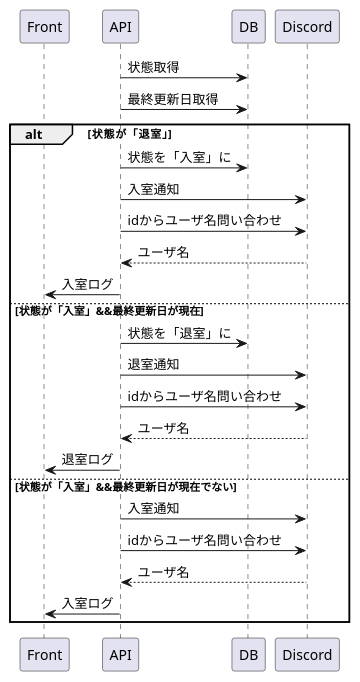
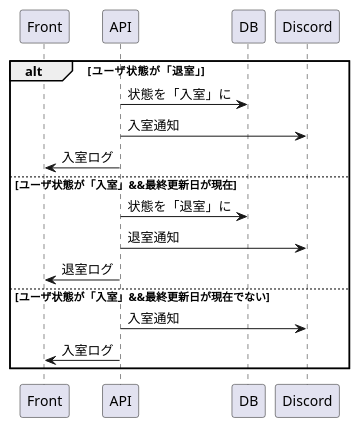
One commit to selelab/entrance_management changed the diagram in uml/notification.pu. Above: the diagram before and after it, drawn with PlantUML. The commit also changed 5 other files, not shown here.

```diff
--- a/uml/notification.pu
+++ b/uml/notification.pu
@@ -1,29 +1,20 @@
 @startuml
 participant Front as scr
 participant API as api
 participant DB as db
 participant Discord as dis
 
-api->db:状態取得
-api->db:最終更新日取得
-
-alt 状態が「退室」
+alt ユーザ状態が「退室」
     api->db:状態を「入室」に
     api->dis:入室通知
-    api->dis:idからユーザ名問い合わせ
-    dis-->api:ユーザ名
     api->scr:入室ログ
-else 状態が「入室」&&最終更新日が現在
+else ユーザ状態が「入室」&&最終更新日が現在
     api->db:状態を「退室」に
     api->dis:退室通知
-    api->dis:idからユーザ名問い合わせ
-    dis-->api:ユーザ名
     api->scr:退室ログ
-else 状態が「入室」&&最終更新日が現在でない
+else ユーザ状態が「入室」&&最終更新日が現在でない
     api->dis:入室通知
-    api->dis:idからユーザ名問い合わせ
-    dis-->api:ユーザ名
     api->scr:入室ログ
 end
 
 @enduml
```
